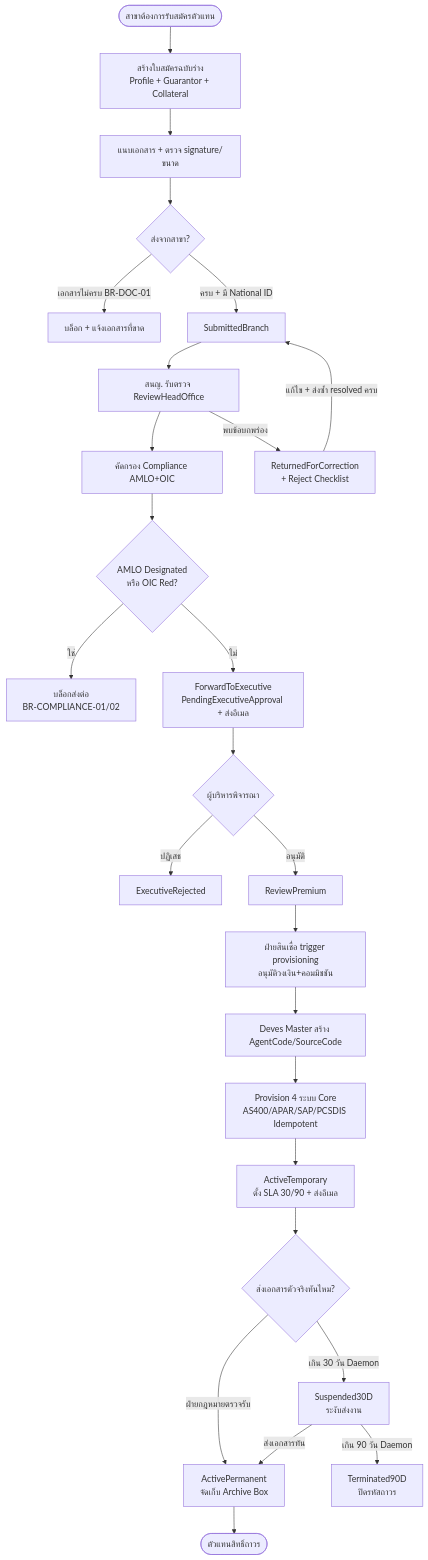
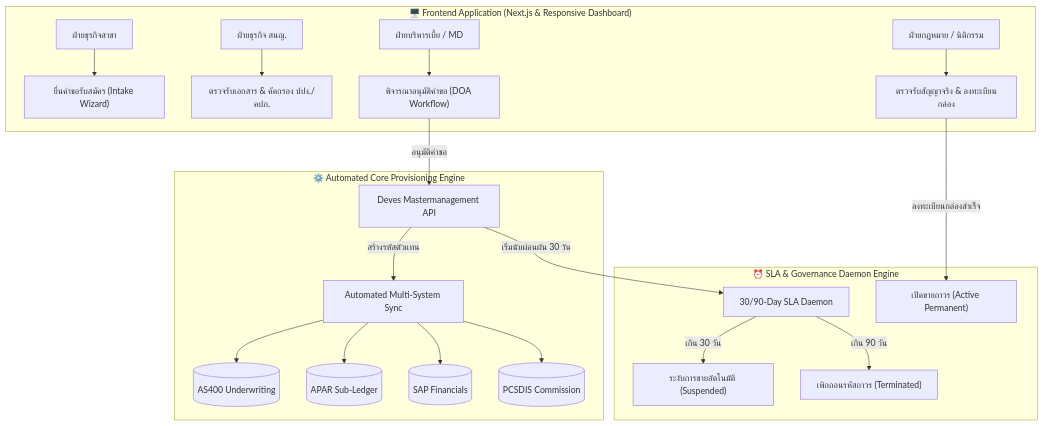
The third of 5 diagrams in F-BP-009_AgentManagement_Analysis.md (Nineteens19/DVS_ManagedAgentBroker), drawn with Mermaid before and after one commit. The commit also changed other lines of this file and 54 other files, not shown here.

````diff
--- a/F-BP-009_AgentManagement_Analysis.md
+++ b/F-BP-009_AgentManagement_Analysis.md
@@ -208,32 +183,25 @@
 ```mermaid
 flowchart TD
-    Start([สาขาต้องการรับสมัครตัวแทน]) --> Draft[สร้างใบสมัครฉบับร่าง<br/>Profile + Guarantor + Collateral]
-    Draft --> Attach[แนบเอกสาร + ตรวจ signature/ขนาด]
-    Attach --> Submit{ส่งจากสาขา?}
-    Submit -->|เอกสารไม่ครบ BR-DOC-01| Blocked[บล็อก + แจ้งเอกสารที่ขาด]
-    Submit -->|ครบ + มี National ID| Submitted[SubmittedBranch]
+    subgraph UI["🖥️ Frontend Application (Next.js & Responsive Dashboard)"]
+        P1["ฝ่ายธุรกิจสาขา"] --> F1["ยื่นคำขอรับสมัคร (Intake Wizard)"]
+        P2["ฝ่ายธุรกิจ สนญ."] --> F2["ตรวจรับเอกสาร & คัดกรอง ปปง./คปภ."]
+        P3["ฝ่ายบริหารเบี้ย / MD"] --> F3["พิจารณาอนุมัติคำขอ (DOA Workflow)"]
+        P4["ฝ่ายกฎหมาย / นิติกรรม"] --> F4["ตรวจรับสัญญาจริง & ลงทะเบียนกล่อง"]
+    end
 
-    Submitted --> Review[สนญ. รับตรวจ ReviewHeadOffice]
-    Review --> Screen[คัดกรอง Compliance AMLO+OIC]
-    Screen --> CompCheck{AMLO Designated<br/>หรือ OIC Red?}
-    CompCheck -->|ใช่| CompBlock[บล็อกส่งต่อ<br/>BR-COMPLIANCE-01/02]
-    CompCheck -->|ไม่| Forward[ForwardToExecutive<br/>PendingExecutiveApproval + ส่งอีเมล]
-    Review -->|พบข้อบกพร่อง| Return[ReturnedForCorrection<br/>+ Reject Checklist]
-    Return -->|แก้ไข + ส่งซ้ำ resolved ครบ| Submitted
+    subgraph CORE["⚙️ Automated Core Provisioning Engine"]
+        F3 -->|อนุมัติคำขอ| API1["Deves Mastermanagement API"]
+        API1 -->|สร้างรหัสตัวแทน| SYNC["Automated Multi-System Sync"]
+        SYNC --> DB1[("AS400 Underwriting")]
+        SYNC --> DB2[("APAR Sub-Ledger")]
+        SYNC --> DB3[("SAP Financials")]
+        SYNC --> DB4[("PCSDIS Commission")]
+    end
 
-    Forward --> Decision{ผู้บริหารพิจารณา}
-    Decision -->|ปฏิเสธ| Rejected[ExecutiveRejected]
-    Decision -->|อนุมัติ| ReviewPrem[ReviewPremium]
-
-    ReviewPrem --> Prov[ฝ่ายสินเชื่อ trigger provisioning<br/>อนุมัติวงเงิน+คอมมิชชัน]
-    Prov --> Codes[Deves Master สร้าง AgentCode/SourceCode]
-    Codes --> Sync[Provision 4 ระบบ Core<br/>AS400/APAR/SAP/PCSDIS Idempotent]
-    Sync --> Active[ActiveTemporary<br/>ตั้ง SLA 30/90 + ส่งอีเมล]
-
-    Active --> Wait{ส่งเอกสารตัวจริงทันไหม?}
-    Wait -->|ฝ่ายกฎหมายตรวจรับ| Archive[ActivePermanent<br/>จัดเก็บ Archive Box]
-    Wait -->|เกิน 30 วัน Daemon| Susp[Suspended30D<br/>ระงับส่งงาน]
-    Susp -->|ส่งเอกสารทัน| Archive
-    Susp -->|เกิน 90 วัน Daemon| Term[Terminated90D<br/>ปิดรหัสถาวร]
-    Archive --> End([ตัวแทนสิทธิ์ถาวร])
+    subgraph SLA["⏰ SLA & Governance Daemon Engine"]
+        API1 -->|เริ่มนับผ่อนผัน 30 วัน| TIMER["30/90-Day SLA Daemon"]
+        TIMER -->|เกิน 30 วัน| SUSP["ระงับการขายอัตโนมัติ (Suspended)"]
+        TIMER -->|เกิน 90 วัน| TERM["เพิกถอนรหัสถาวร (Terminated)"]
+        F4 -->|ลงทะเบียนกล่องสำเร็จ| PERM["เปิดขายถาวร (Active Permanent)"]
+    end
 ```
````
